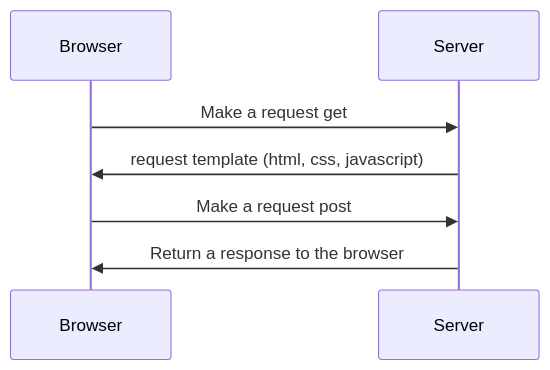
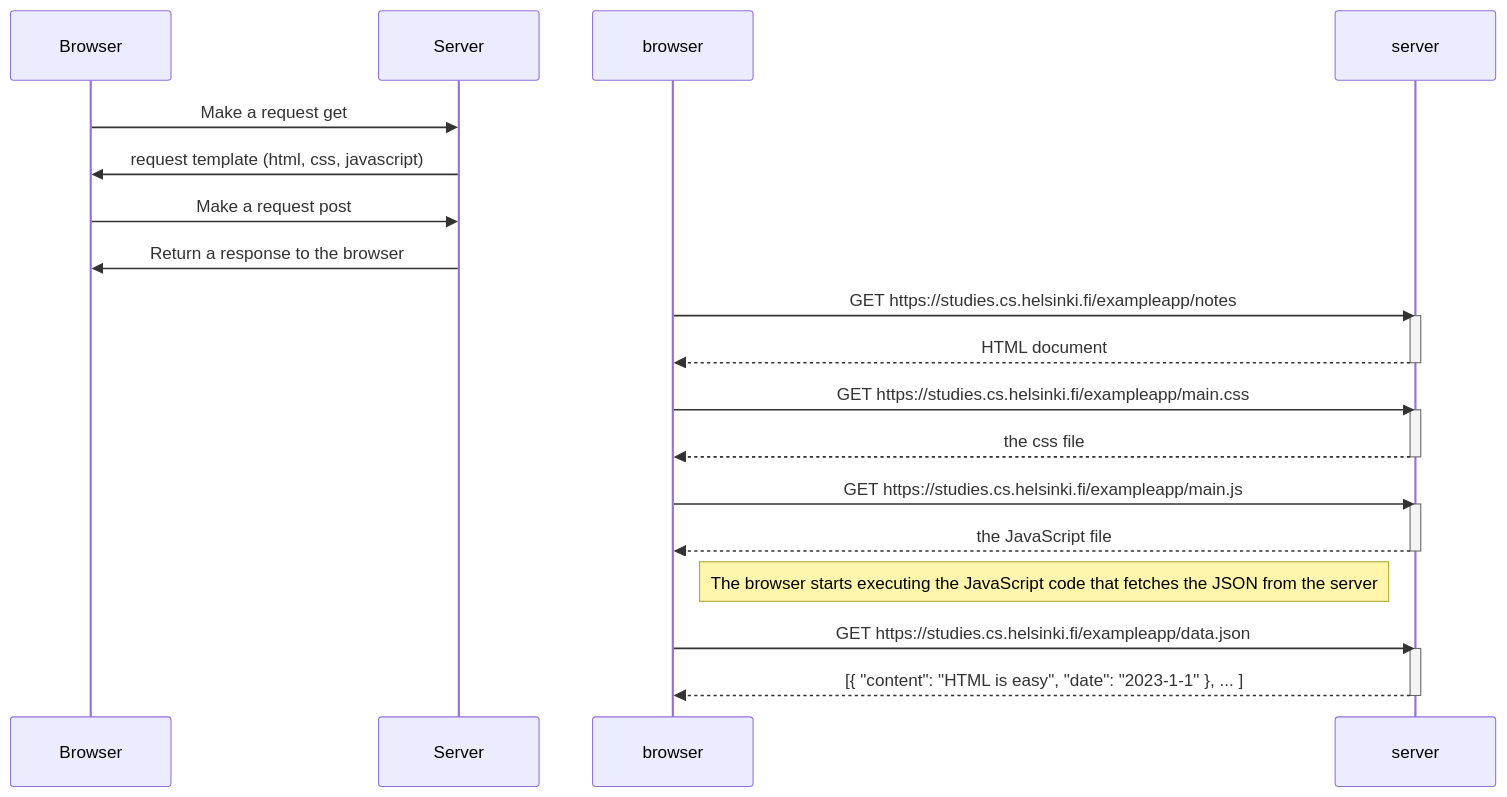
Before and after one commit to JhonTheRipper89/SequenceDiagram: the diagram in README.md, drawn with Mermaid.

````diff
--- a/README.md
+++ b/README.md
@@ -2,9 +2,35 @@
 ```mermaid
 sequenceDiagram
     participant Browser
     participant Server
     Browser->>Server: Make a request get
     Server->>Browser: request template (html, css, javascript)
     Browser->>Server: Make a request post
     Server->>Browser: Return a response to the browser
+
+
+participant browser
+    participant server
+
+    browser->>server: GET https://studies.cs.helsinki.fi/exampleapp/notes
+    activate server
+    server-->>browser: HTML document
+    deactivate server
+
+    browser->>server: GET https://studies.cs.helsinki.fi/exampleapp/main.css
+    activate server
+    server-->>browser: the css file
+    deactivate server
+
+    browser->>server: GET https://studies.cs.helsinki.fi/exampleapp/main.js
+    activate server
+    server-->>browser: the JavaScript file
+    deactivate server
+
+    Note right of browser: The browser starts executing the JavaScript code that fetches the JSON from the server
+
+    browser->>server: GET https://studies.cs.helsinki.fi/exampleapp/data.json
+    activate server
+    server-->>browser: [{ "content": "HTML is easy", "date": "2023-1-1" }, ... ]
+    deactivate server
 ```
````
